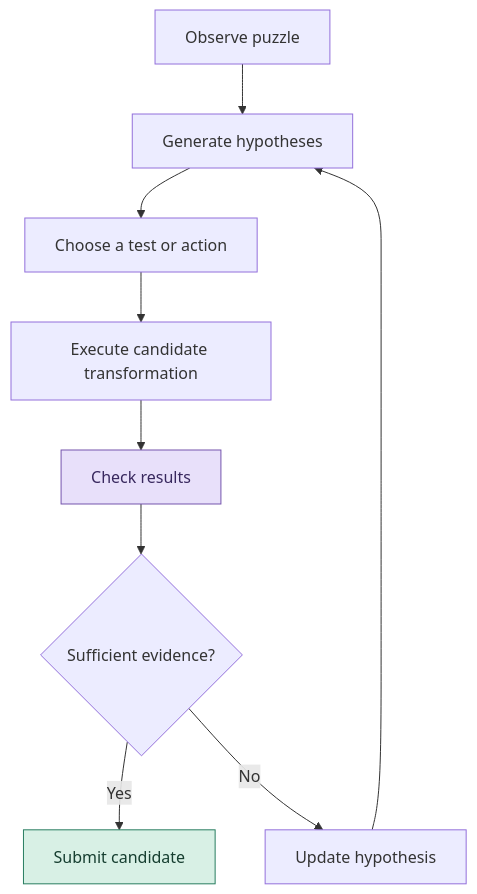
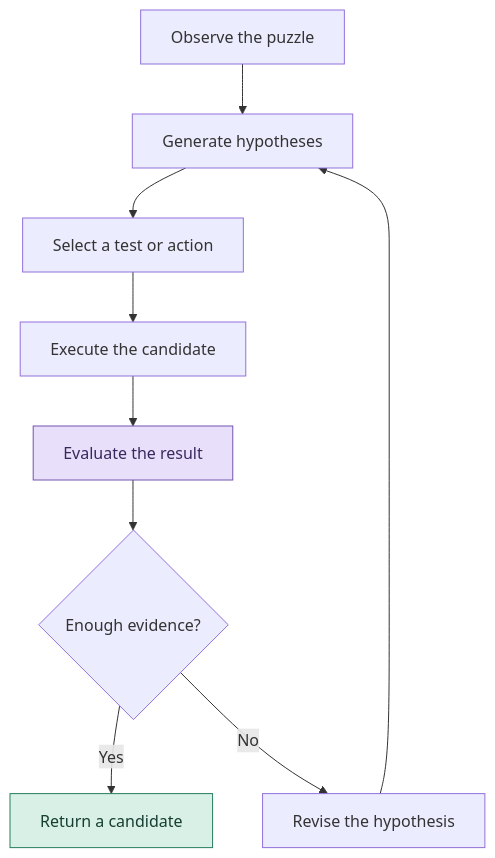
One commit to ut1776/arc-agi-2-reasoning changed the fourth of 4 diagrams in README.md. Above: the diagram before and after it, drawn with Mermaid. The commit also changed other lines of this file, not shown here.

````diff
--- a/README.md
+++ b/README.md
@@ -305,14 +291,14 @@
 ```mermaid
 flowchart TD
-    A["Observe puzzle"] --> B["Generate hypotheses"]
-    B --> C["Choose a test or action"]
-    C --> D["Execute candidate transformation"]
-    D --> E["Check results"]
-    E --> F{"Sufficient evidence?"}
-    F -->|Yes| G["Submit candidate"]
-    F -->|No| H["Update hypothesis"]
+    A["Observe the puzzle"] --> B["Generate hypotheses"]
+    B --> C["Select a test or action"]
+    C --> D["Execute the candidate"]
+    D --> E["Evaluate the result"]
+    E --> F{"Enough evidence?"}
+    F -->|Yes| G["Return a candidate"]
+    F -->|No| H["Revise the hypothesis"]
     H --> B
 
     style E fill:#e8e0fa,stroke:#7554ad,color:#38285e
     style G fill:#d8f0e5,stroke:#287d60,color:#163e30
 ```
````
